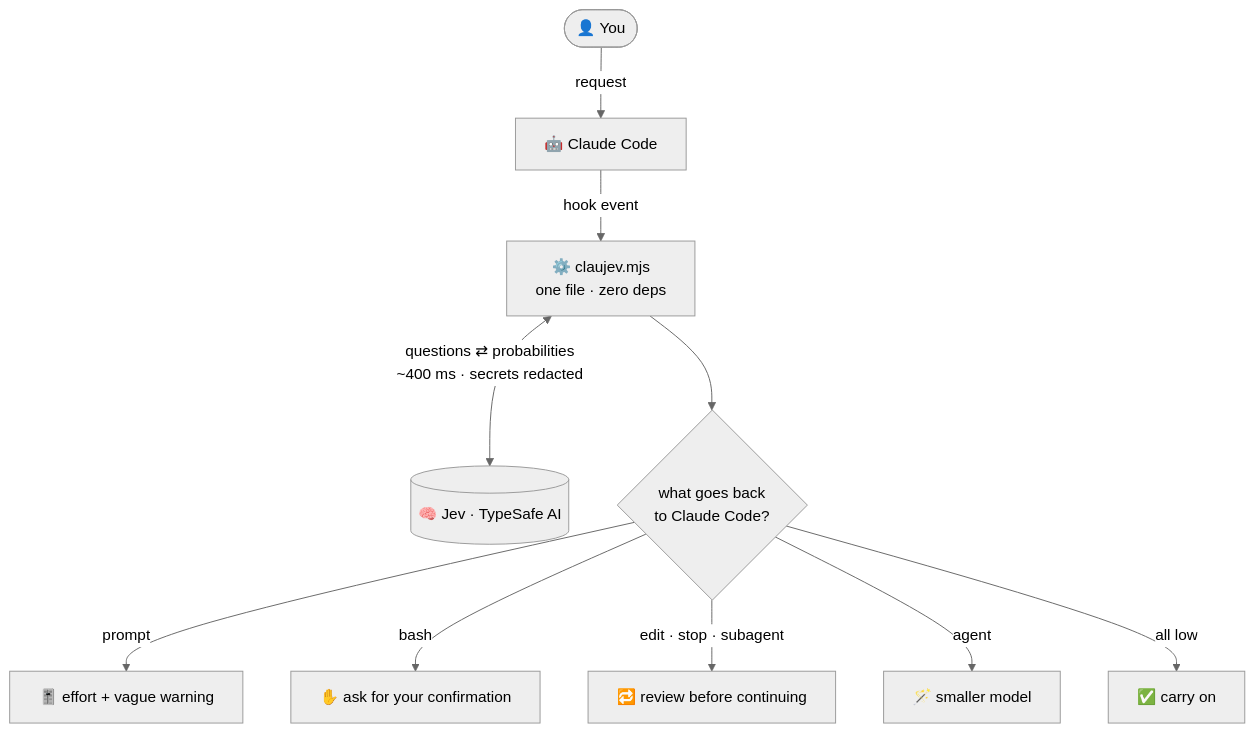
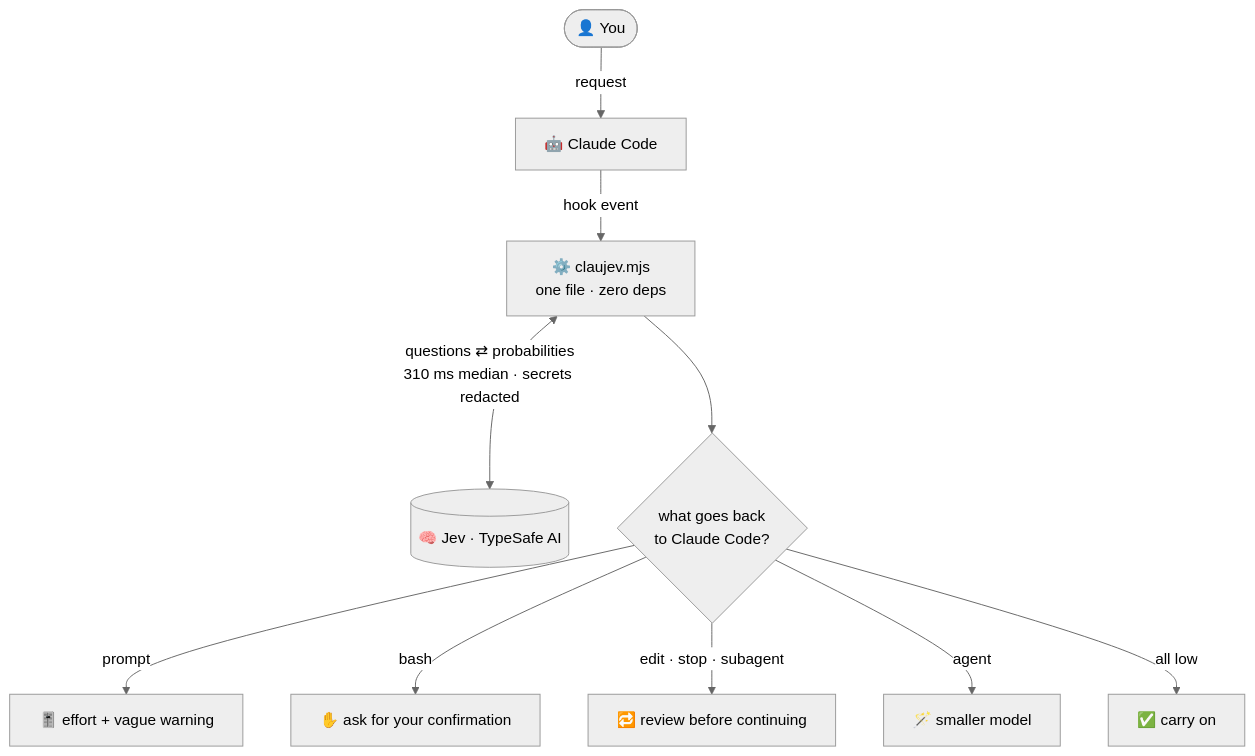
One commit to Civalski/claujev changed the first of 2 diagrams in README.md. Above: the diagram before and after it, drawn with Mermaid (neutral theme). The commit also changed other lines of this file and 3 other files, not shown here.

````diff
--- a/README.md
+++ b/README.md
@@ -90,12 +91,12 @@
 ```mermaid
 flowchart TB
     U(["👤 You"]) -->|request| CC["🤖 Claude Code"]
     CC -->|"hook event"| CJ["⚙️ claujev.mjs<br/>one file · zero deps"]
-    CJ <-->|"questions ⇄ probabilities<br/>~400 ms · secrets redacted"| JEV[("🧠 Jev · TypeSafe AI")]
+    CJ <-->|"questions ⇄ probabilities<br/>310 ms median · secrets redacted"| JEV[("🧠 Jev · TypeSafe AI")]
     CJ --> R{"what goes back<br/>to Claude Code?"}
     R -->|"prompt"| A1["🎚️ effort + vague warning"]
     R -->|"bash"| A2["✋ ask for your confirmation"]
     R -->|"edit · stop · subagent"| A3["🔁 review before continuing"]
     R -->|"agent"| A4["🪄 smaller model"]
     R -->|"all low"| A5["✅ carry on"]
 ```
````
